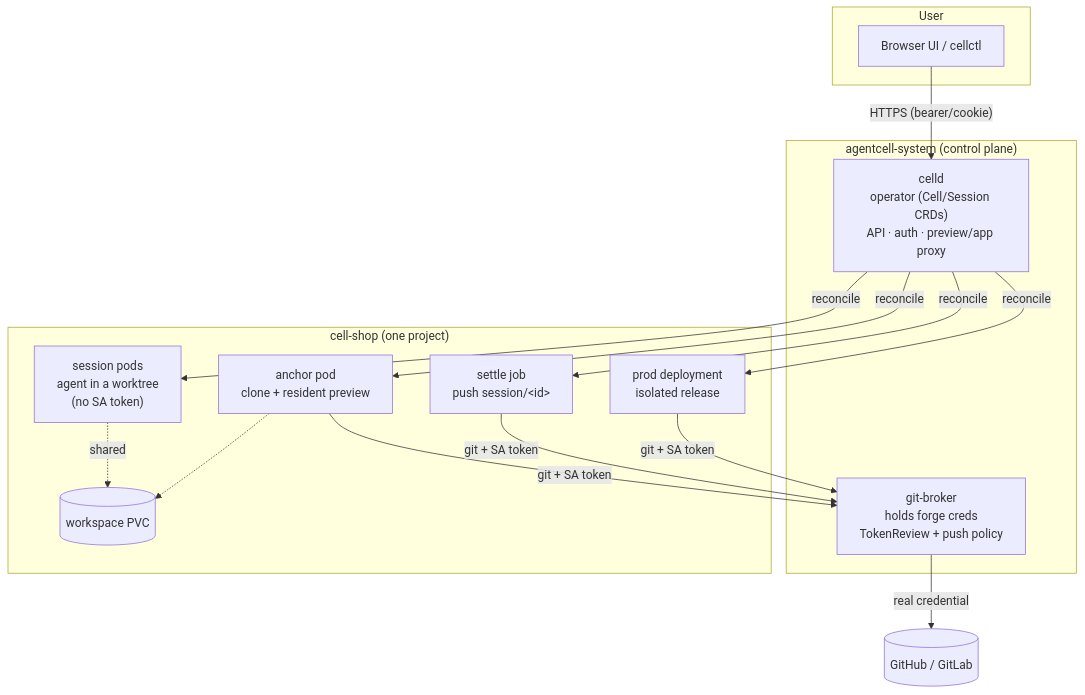
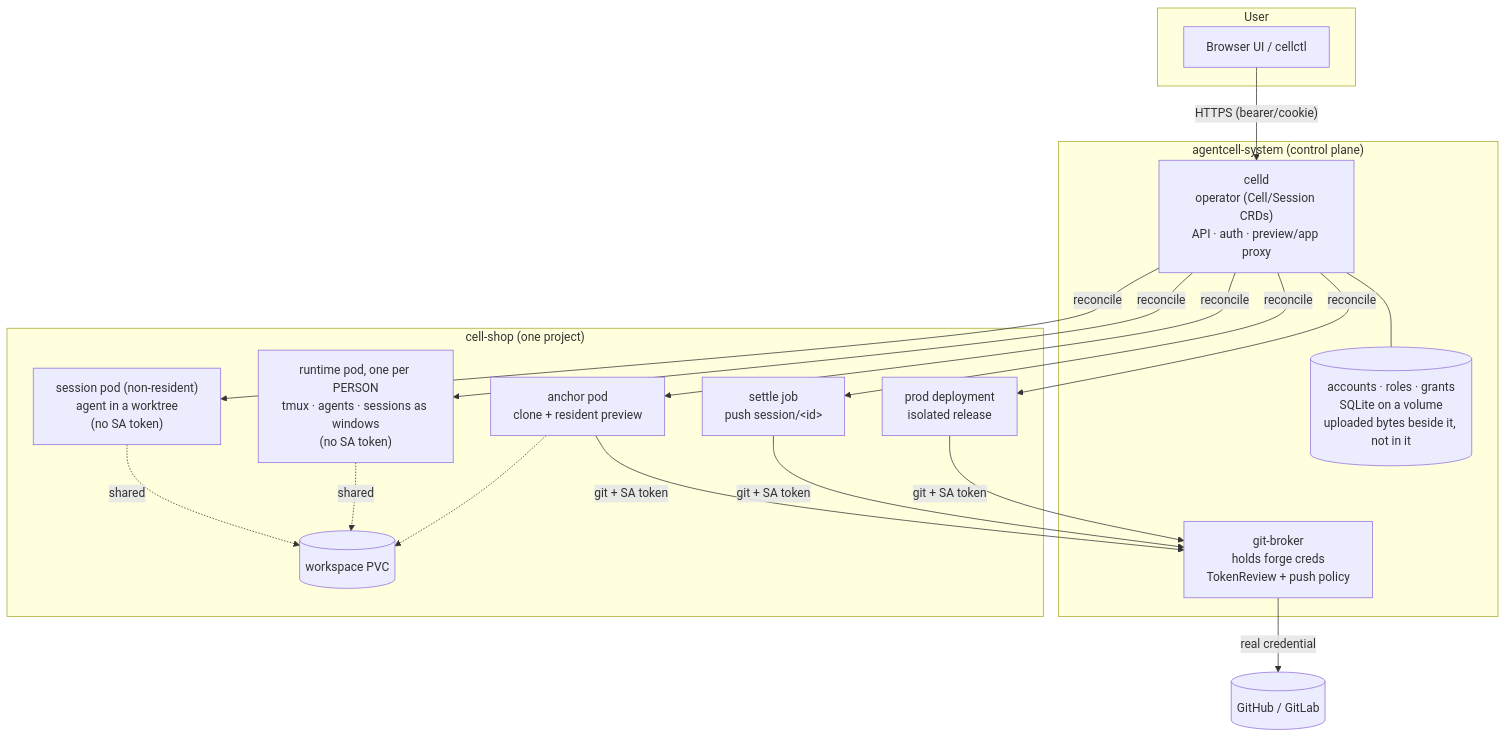
Before and after one commit to zippo1908/agentcell: the first of 4 diagrams in docs/ARCHITECTURE.md, drawn with Mermaid. The commit also changed other lines of this file, not shown here.

First line of the commit message:
ARCHITECTURE.md 追上现实:会话早就不是 pod 了

````diff
--- a/docs/ARCHITECTURE.md
+++ b/docs/ARCHITECTURE.md
@@ -12,24 +12,27 @@
 ```mermaid
 flowchart TB
     subgraph user["User"]
         UI["Browser UI / cellctl"]
     end
     subgraph cp["agentcell-system (control plane)"]
         CELLD["celld<br/>operator (Cell/Session CRDs)<br/>API · auth · preview/app proxy"]
         BROKER["git-broker<br/>holds forge creds<br/>TokenReview + push policy"]
+        STORE[("accounts · roles · grants<br/>SQLite on a volume<br/>uploaded bytes beside it, not in it")]
     end
     subgraph cell["cell-shop (one project)"]
         ANCHOR["anchor pod<br/>clone + resident preview"]
         PVC[("workspace PVC")]
-        SESS["session pods<br/>agent in a worktree<br/>(no SA token)"]
+        RT["runtime pod, one per PERSON<br/>tmux · agents · sessions as windows<br/>(no SA token)"]
+        SESS["session pod (non-resident)<br/>agent in a worktree<br/>(no SA token)"]
         SETTLE["settle job<br/>push session/&lt;id&gt;"]
         PROD["prod deployment<br/>isolated release"]
     end
     FORGE[("GitHub / GitLab")]
     UI -->|"HTTPS (bearer/cookie)"| CELLD
-    CELLD -->|reconcile| ANCHOR & SESS & SETTLE & PROD
+    CELLD -->|reconcile| ANCHOR & RT & SESS & SETTLE & PROD
+    CELLD --- STORE
     ANCHOR & SETTLE & PROD -->|"git + SA token"| BROKER
     BROKER -->|"real credential"| FORGE
-    SESS -.->|shared| PVC
+    SESS & RT -.->|shared| PVC
     ANCHOR -.-> PVC
 ```
````
